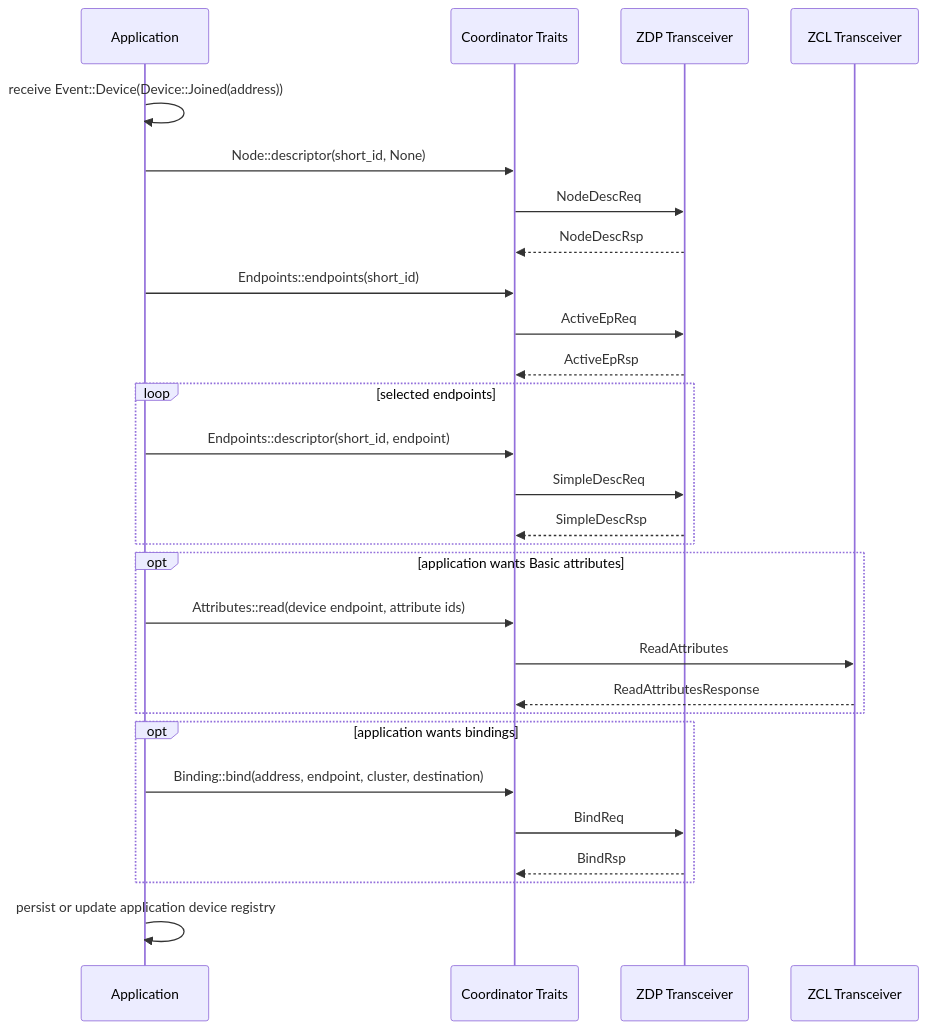
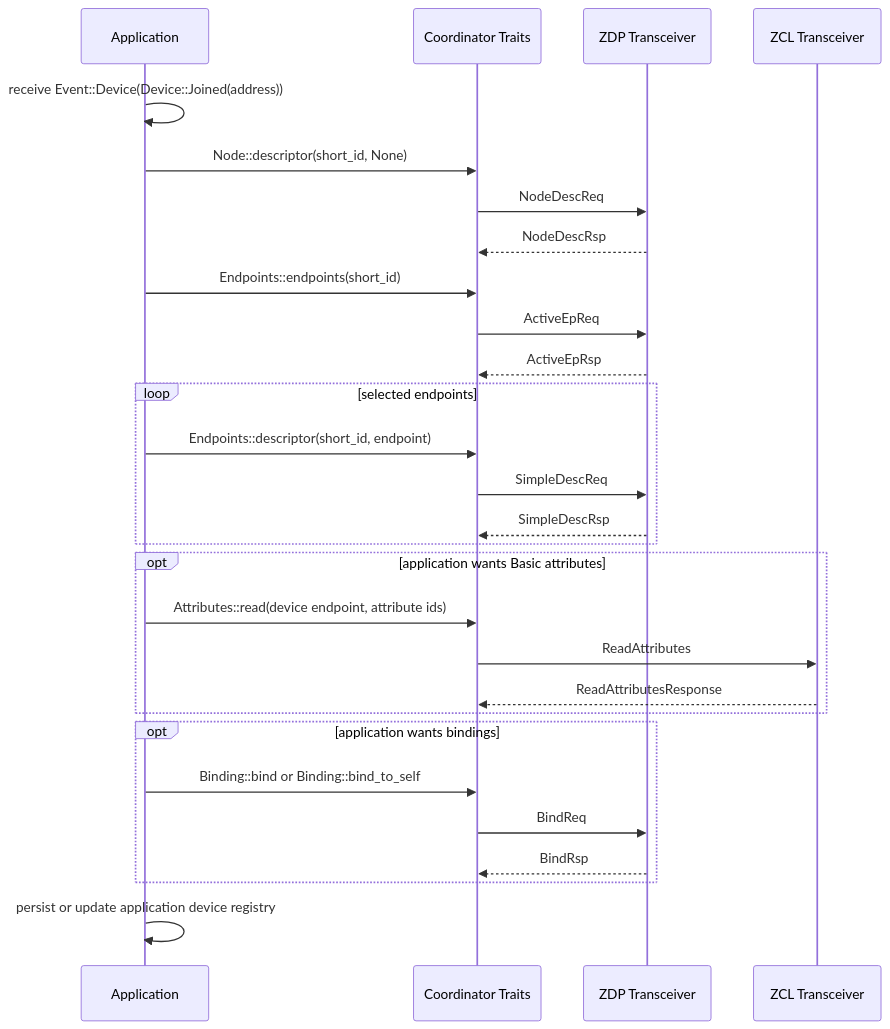
One commit to PaulmannLighting/apis-saltans changed the sixth of 7 diagrams in coordinator/ARCHITECTURE.md. Above: the diagram before and after it, drawn with Mermaid. The commit also changed other lines of this file and 2 other files, not shown here.

````diff
--- a/coordinator/ARCHITECTURE.md
+++ b/coordinator/ARCHITECTURE.md
@@ -237,36 +238,36 @@
 ```mermaid
 sequenceDiagram
     participant APP as Application
     participant API as Coordinator Traits
     participant ZDP as ZDP Transceiver
     participant ZCL as ZCL Transceiver
 
     APP->>APP: receive Event::Device(Device::Joined(address))
     APP->>API: Node::descriptor(short_id, None)
     API->>ZDP: NodeDescReq
     ZDP-->>API: NodeDescRsp
 
     APP->>API: Endpoints::endpoints(short_id)
     API->>ZDP: ActiveEpReq
     ZDP-->>API: ActiveEpRsp
 
     loop selected endpoints
         APP->>API: Endpoints::descriptor(short_id, endpoint)
         API->>ZDP: SimpleDescReq
         ZDP-->>API: SimpleDescRsp
     end
 
     opt application wants Basic attributes
         APP->>API: Attributes::read(device endpoint, attribute ids)
         API->>ZCL: ReadAttributes
         ZCL-->>API: ReadAttributesResponse
     end
 
     opt application wants bindings
-        APP->>API: Binding::bind(address, endpoint, cluster, destination)
+        APP->>API: Binding::bind or Binding::bind_to_self
         API->>ZDP: BindReq
         ZDP-->>API: BindRsp
     end
 
     APP->>APP: persist or update application device registry
 ```
````
